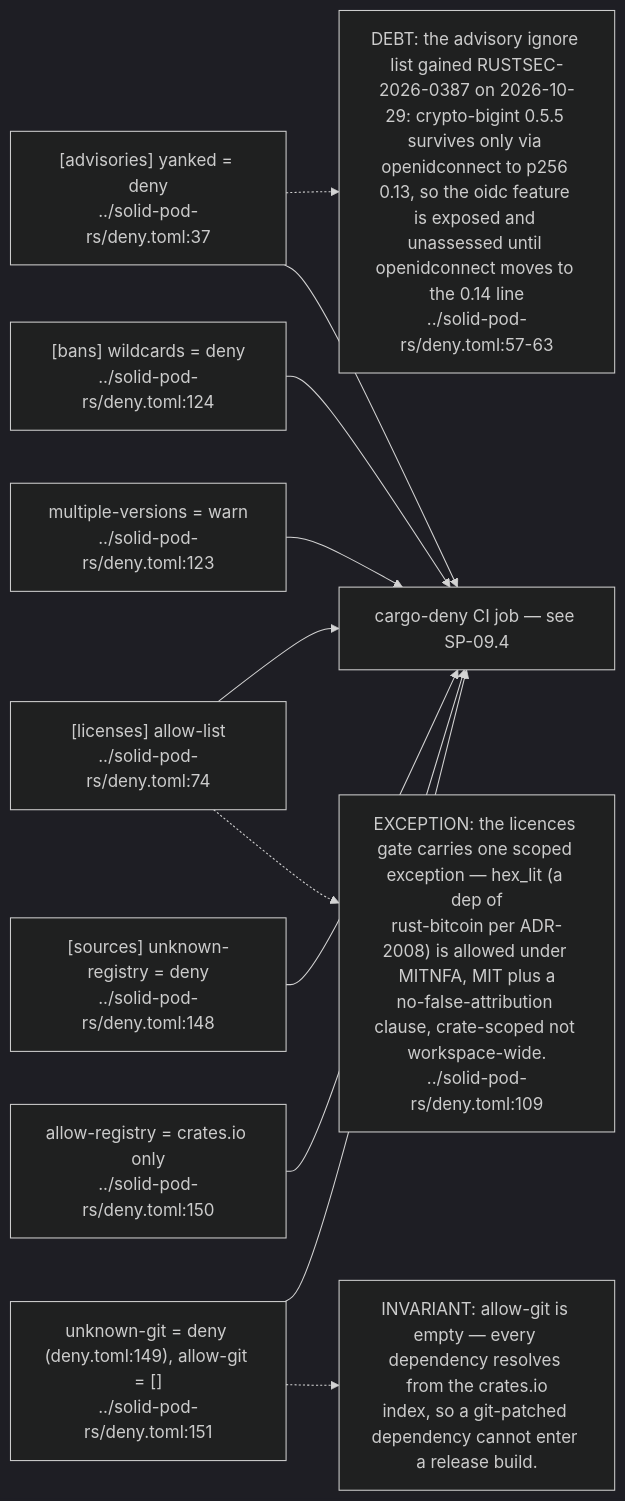
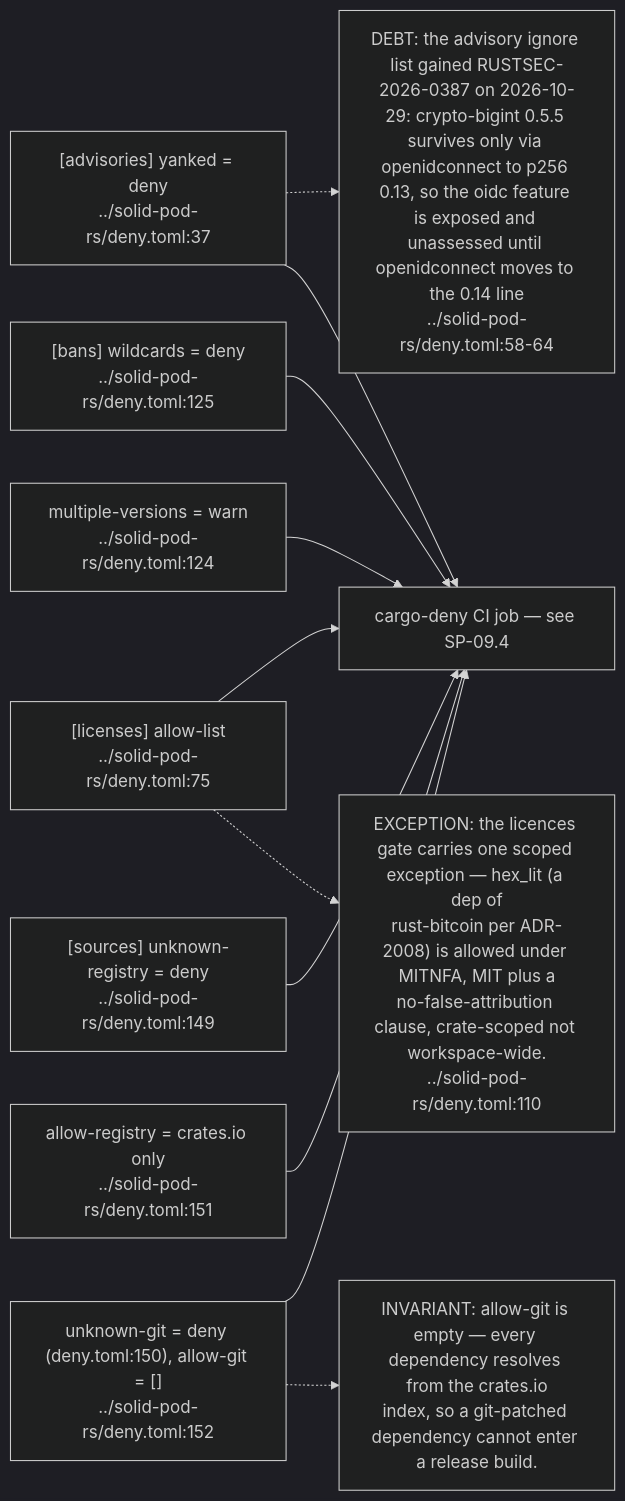
Before and after one commit to DreamLab-AI/VisionFlow: the tenth of 12 diagrams in docs/diagrams/solid-pod-rs/01-workspace-composition.md, drawn with Mermaid (dark theme). The commit also changed other lines of this file and 59 other files, not shown here.

First line of the commit message:
docs(diagrams): re-derive and re-stamp forum, website, pod, ontomark and sealmap topics

````diff
--- a/docs/diagrams/solid-pod-rs/01-workspace-composition.md
+++ b/docs/diagrams/solid-pod-rs/01-workspace-composition.md
@@ -306,25 +306,25 @@
 ```mermaid
 flowchart LR
     ADV["[advisories] yanked = deny<br/>../solid-pod-rs/deny.toml:37"]
-    LIC["[licenses] allow-list<br/>../solid-pod-rs/deny.toml:74"]
-    BANS["[bans] wildcards = deny<br/>../solid-pod-rs/deny.toml:124"]
-    MULTI["multiple-versions = warn<br/>../solid-pod-rs/deny.toml:123"]
-    SRC["[sources] unknown-registry = deny<br/>../solid-pod-rs/deny.toml:148"]
-    GITS["unknown-git = deny (deny.toml:149), allow-git = []<br/>../solid-pod-rs/deny.toml:151"]
-    REG["allow-registry = crates.io only<br/>../solid-pod-rs/deny.toml:150"]
+    LIC["[licenses] allow-list<br/>../solid-pod-rs/deny.toml:75"]
+    BANS["[bans] wildcards = deny<br/>../solid-pod-rs/deny.toml:125"]
+    MULTI["multiple-versions = warn<br/>../solid-pod-rs/deny.toml:124"]
+    SRC["[sources] unknown-registry = deny<br/>../solid-pod-rs/deny.toml:149"]
+    GITS["unknown-git = deny (deny.toml:150), allow-git = []<br/>../solid-pod-rs/deny.toml:152"]
+    REG["allow-registry = crates.io only<br/>../solid-pod-rs/deny.toml:151"]
 
-    DEBT["DEBT: the advisory ignore list gained RUSTSEC-2026-0387 on 2026-10-29: crypto-bigint 0.5.5 survives only via openidconnect to p256 0.13, so the oidc feature is exposed and unassessed until openidconnect moves to the 0.14 line<br/>../solid-pod-rs/deny.toml:57-63"]
+    DEBT["DEBT: the advisory ignore list gained RUSTSEC-2026-0387 on 2026-10-29: crypto-bigint 0.5.5 survives only via openidconnect to p256 0.13, so the oidc feature is exposed and unassessed until openidconnect moves to the 0.14 line<br/>../solid-pod-rs/deny.toml:58-64"]
     ADV -.-> DEBT
     ADV --> OUT["cargo-deny CI job — see SP-09.4"]
     LIC --> OUT
     BANS --> OUT
     MULTI --> OUT
     SRC --> OUT
     GITS --> OUT
     REG --> OUT
 
     N["INVARIANT: allow-git is empty — every dependency resolves from the crates.io<br/>index, so a git-patched dependency cannot enter a release build."]
     GITS -.-> N
-    X["EXCEPTION: the licences gate carries one scoped exception — hex_lit (a dep of<br/>rust-bitcoin per ADR-2008) is allowed under MITNFA, MIT plus a<br/>no-false-attribution clause, crate-scoped not workspace-wide.<br/>../solid-pod-rs/deny.toml:109"]
+    X["EXCEPTION: the licences gate carries one scoped exception — hex_lit (a dep of<br/>rust-bitcoin per ADR-2008) is allowed under MITNFA, MIT plus a<br/>no-false-attribution clause, crate-scoped not workspace-wide.<br/>../solid-pod-rs/deny.toml:110"]
     LIC -.-> X
 ```
````
